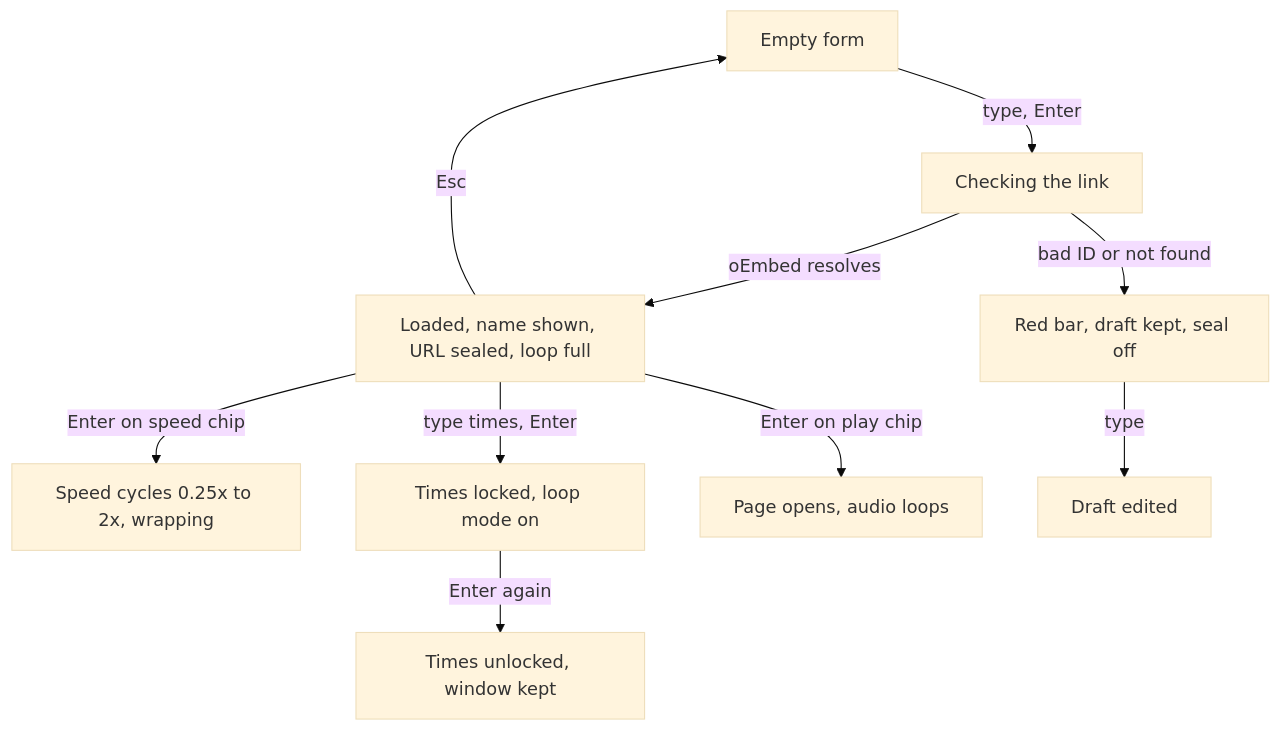
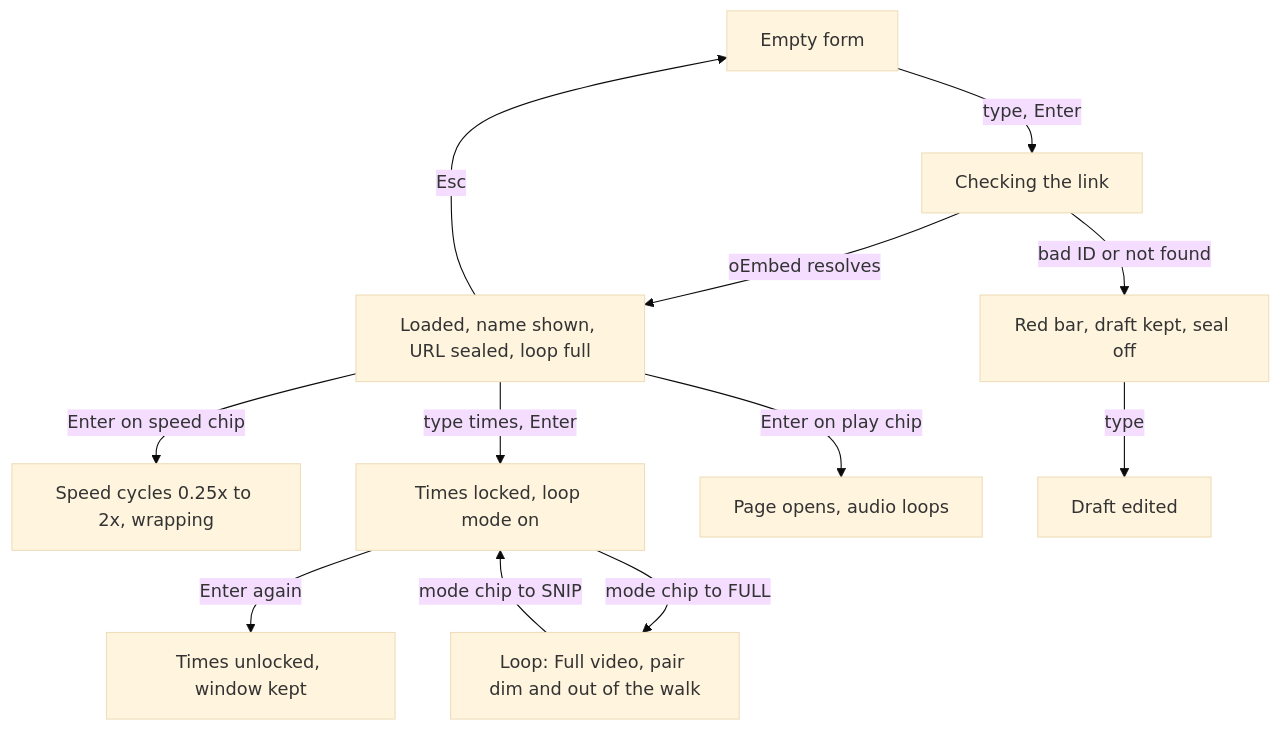
Before and after one commit to Ava-Vispilio/PyScripts: the first of 2 diagrams in Loop_Song/PLAN.md, drawn with Mermaid (base theme). The commit also changed other lines of this file and 10 other files, not shown here.

````diff
--- a/Loop_Song/PLAN.md
+++ b/Loop_Song/PLAN.md
@@ -43,12 +43,14 @@
 ```mermaid
 flowchart TD
   empty[Empty form] -->|type, Enter| checking[Checking the link]
   checking -->|oEmbed resolves| loaded[Loaded, name shown, URL sealed, loop full]
   checking -->|bad ID or not found| bad[Red bar, draft kept, seal off]
   loaded -->|Enter on speed chip| speed[Speed cycles 0.25x to 2x, wrapping]
   loaded -->|type times, Enter| snippet[Times locked, loop mode on]
   snippet -->|Enter again| edit[Times unlocked, window kept]
+  snippet -->|mode chip to FULL| sealed[Loop: Full video, pair dim and out of the walk]
+  sealed -->|mode chip to SNIP| snippet
   loaded -->|Enter on play chip| launch[Page opens, audio loops]
   loaded -->|Esc| empty
   bad -->|type| empty2[Draft edited]
 ```
````
